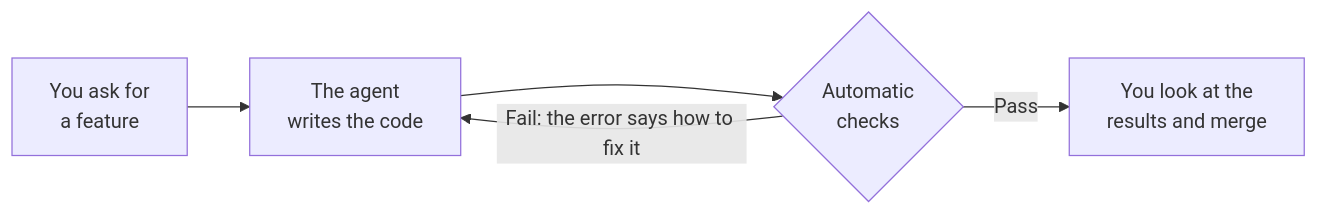
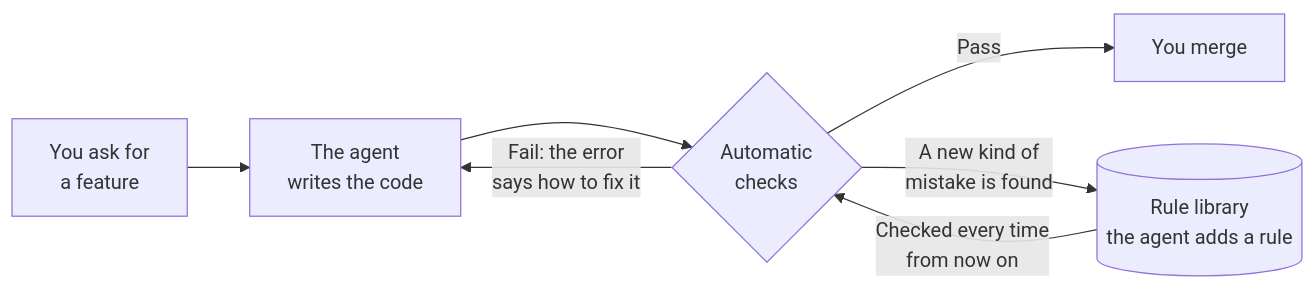
One commit to Tim-rppl/trust-pyramid changed the diagram in README.md. Above: the diagram before and after it, drawn with Mermaid. The commit also changed other lines of this file and 1 other file, not shown here.

Commit message:
README: show the rule library loop in the flowchart (#21)
Add the rule library loop to the How it works chart (en, zh): a new kind of mistake becomes a rule, and every later check includes it.

````diff
--- a/README.md
+++ b/README.md
@@ -119,7 +120,9 @@
 ```mermaid
 flowchart LR
     A["You ask for<br/>a feature"] --> B["The agent<br/>writes the code"]
     B --> C{"Automatic<br/>checks"}
-    C -- "Fail: the error says how to fix it" --> B
-    C -- "Pass" --> D["You look at the<br/>results and merge"]
+    C -- "Fail: the error<br/>says how to fix it" --> B
+    C -- "Pass" --> D["You merge"]
+    C -- "A new kind of<br/>mistake is found" --> E[("Rule library<br/>the agent adds a rule")]
+    E -- "Checked every time<br/>from now on" --> C
 ```
````
